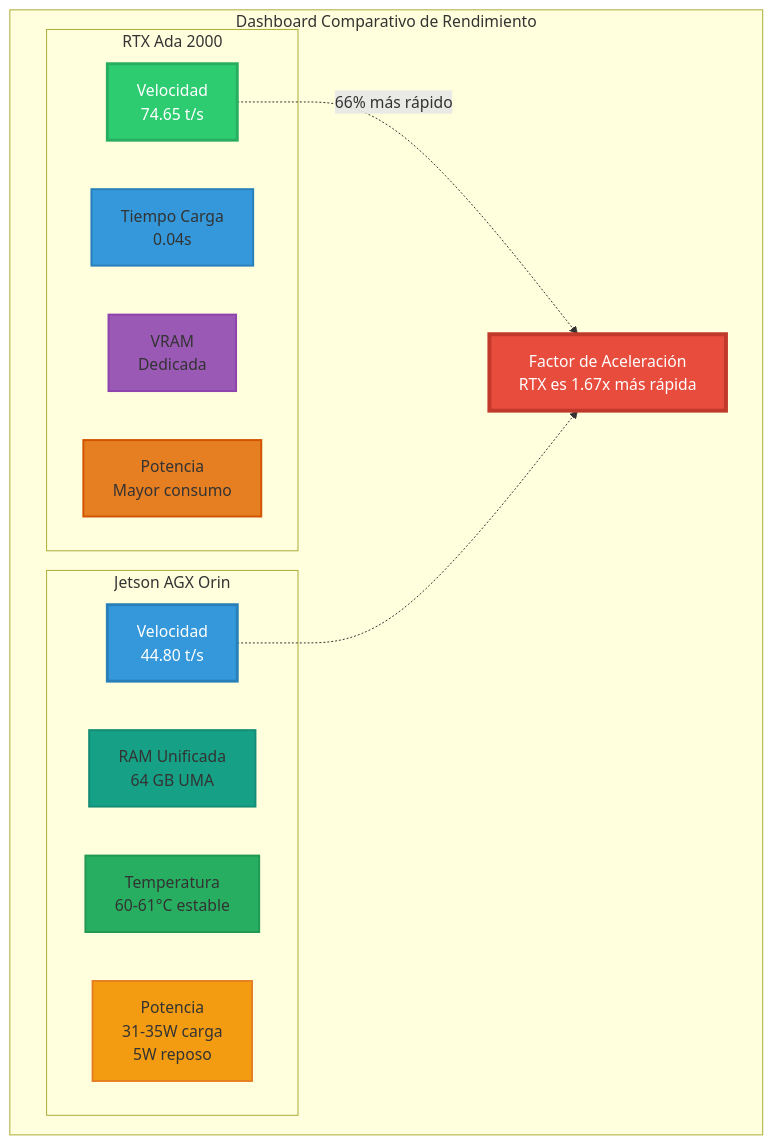
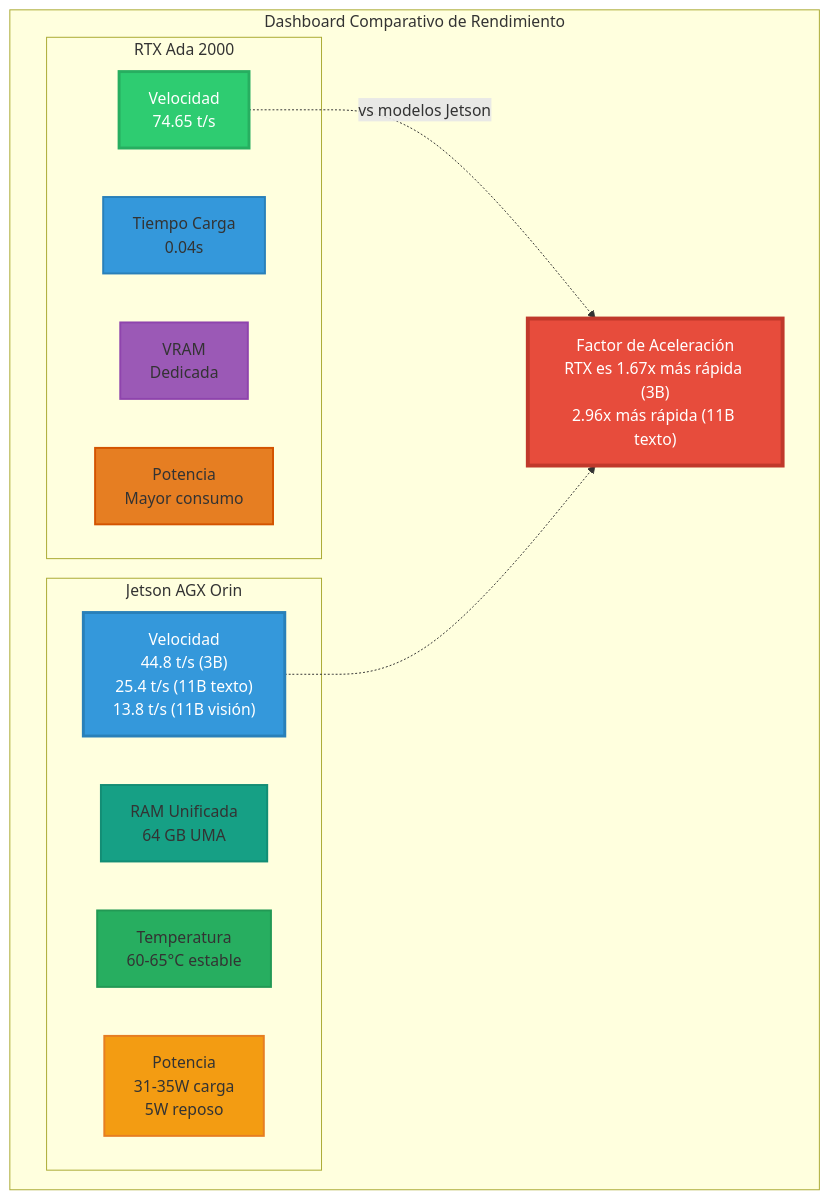
The tenth of 10 diagrams in docs/Informe_Tecnico_Jetson_AGX_Orin.md (infantesromeroadrian/JetsonAGXORIN_Testing), drawn with Mermaid before and after one commit. The commit also changed other lines of this file and 4 other files, not shown here.

````diff
--- a/docs/Informe_Tecnico_Jetson_AGX_Orin.md
+++ b/docs/Informe_Tecnico_Jetson_AGX_Orin.md
@@ -409,35 +629,35 @@
 ```mermaid
 graph TB
     subgraph "Dashboard Comparativo de Rendimiento"
         subgraph "RTX Ada 2000"
             RTX_SPEED["Velocidad<br/>74.65 t/s"]
             RTX_LOAD["Tiempo Carga<br/>0.04s"]
             RTX_VRAM["VRAM<br/>Dedicada"]
             RTX_POWER["Potencia<br/>Mayor consumo"]
         end
         
         subgraph "Jetson AGX Orin"
-            JET_SPEED["Velocidad<br/>44.80 t/s"]
+            JET_SPEED["Velocidad<br/>44.8 t/s (3B)<br/>25.4 t/s (11B texto)<br/>13.8 t/s (11B visión)"]
             JET_RAM["RAM Unificada<br/>64 GB UMA"]
-            JET_TEMP["Temperatura<br/>60-61°C estable"]
+            JET_TEMP["Temperatura<br/>60-65°C estable"]
             JET_POWER["Potencia<br/>31-35W carga<br/>5W reposo"]
         end
         
-        COMPARE["Factor de Aceleración<br/>RTX es 1.67x más rápida"]
+        COMPARE["Factor de Aceleración<br/>RTX es 1.67x más rápida (3B)<br/>2.96x más rápida (11B texto)"]
         
-        RTX_SPEED -.->|"66% más rápido"| COMPARE
+        RTX_SPEED -.->|"vs modelos Jetson"| COMPARE
         JET_SPEED -.-> COMPARE
     end
     
     style RTX_SPEED fill:#2ecc71,stroke:#27ae60,stroke-width:3px,color:#fff
     style RTX_LOAD fill:#3498db,stroke:#2980b9,stroke-width:2px
     style RTX_VRAM fill:#9b59b6,stroke:#8e44ad,stroke-width:2px
     style RTX_POWER fill:#e67e22,stroke:#d35400,stroke-width:2px
     
     style JET_SPEED fill:#3498db,stroke:#2980b9,stroke-width:3px,color:#fff
     style JET_RAM fill:#16a085,stroke:#138d75,stroke-width:2px
     style JET_TEMP fill:#27ae60,stroke:#229954,stroke-width:2px
     style JET_POWER fill:#f39c12,stroke:#e67e22,stroke-width:2px
     
     style COMPARE fill:#e74c3c,stroke:#c0392b,stroke-width:4px,color:#fff
 ```
````
